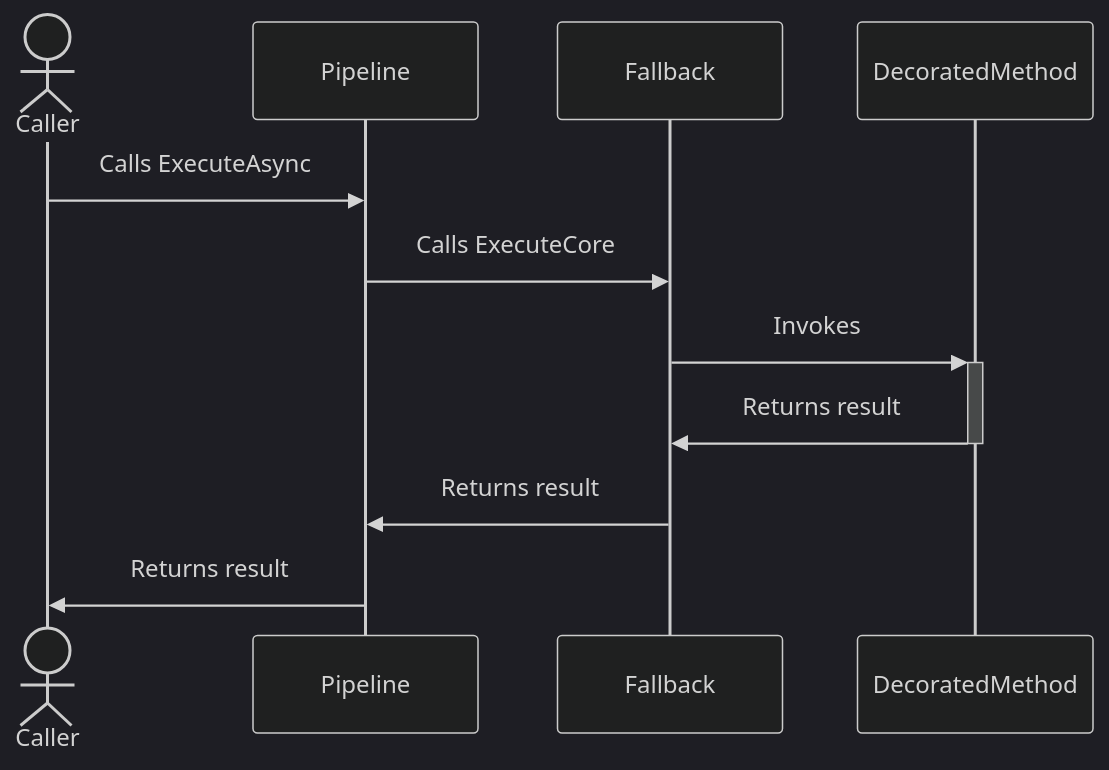
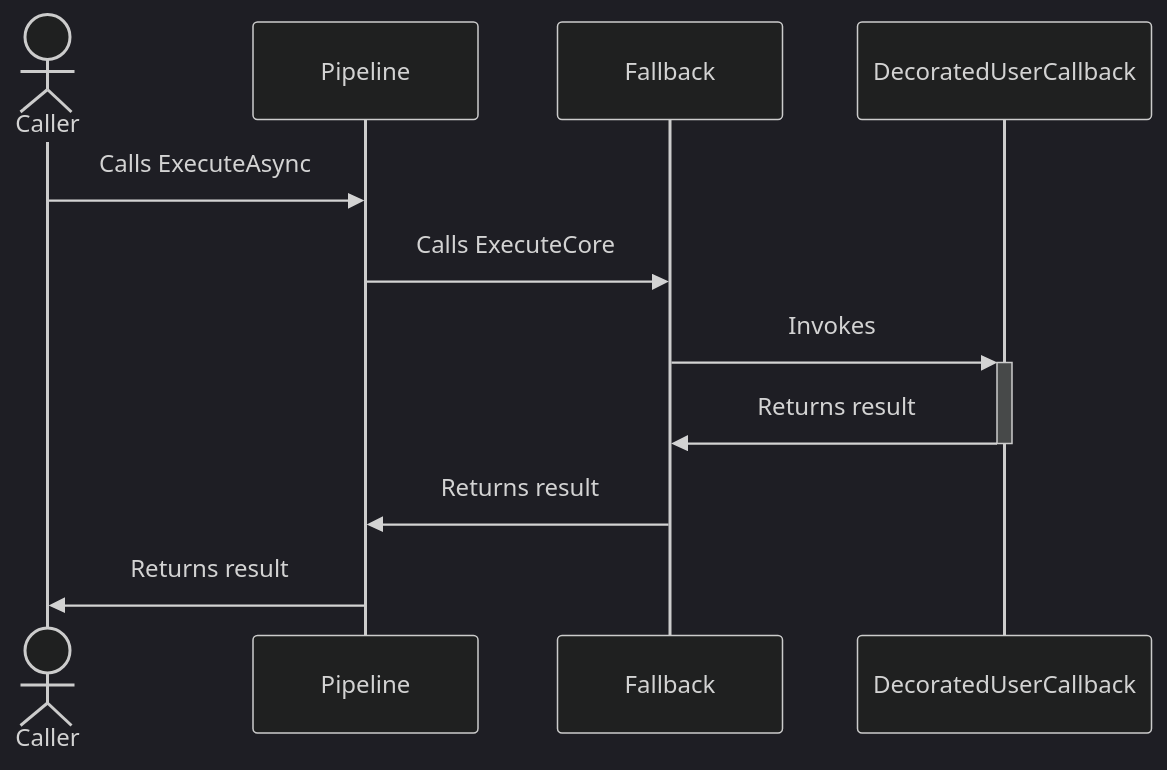
One commit to App-vNext/Polly changed the first of 2 diagrams in docs/strategies/fallback.md. Above: the diagram before and after it, drawn with Mermaid. The commit also changed other lines of this file and 3 other files, not shown here.

Commit message:
Rename decorated method to decorated user callback

````diff
--- a/docs/strategies/fallback.md
+++ b/docs/strategies/fallback.md
@@ -72,15 +72,15 @@
 ```mermaid
 %%{init: {'theme':'dark'}}%%
 sequenceDiagram
     actor C as Caller
     participant P as Pipeline
     participant F as Fallback
-    participant DM as DecoratedMethod
+    participant D as DecoratedUserCallback
 
     C->>P: Calls ExecuteAsync
     P->>F: Calls ExecuteCore
-    F->>+DM: Invokes
-    DM->>-F: Returns result
+    F->>+D: Invokes
+    D->>-F: Returns result
     F->>P: Returns result
     P->>C: Returns result
 ```
````
